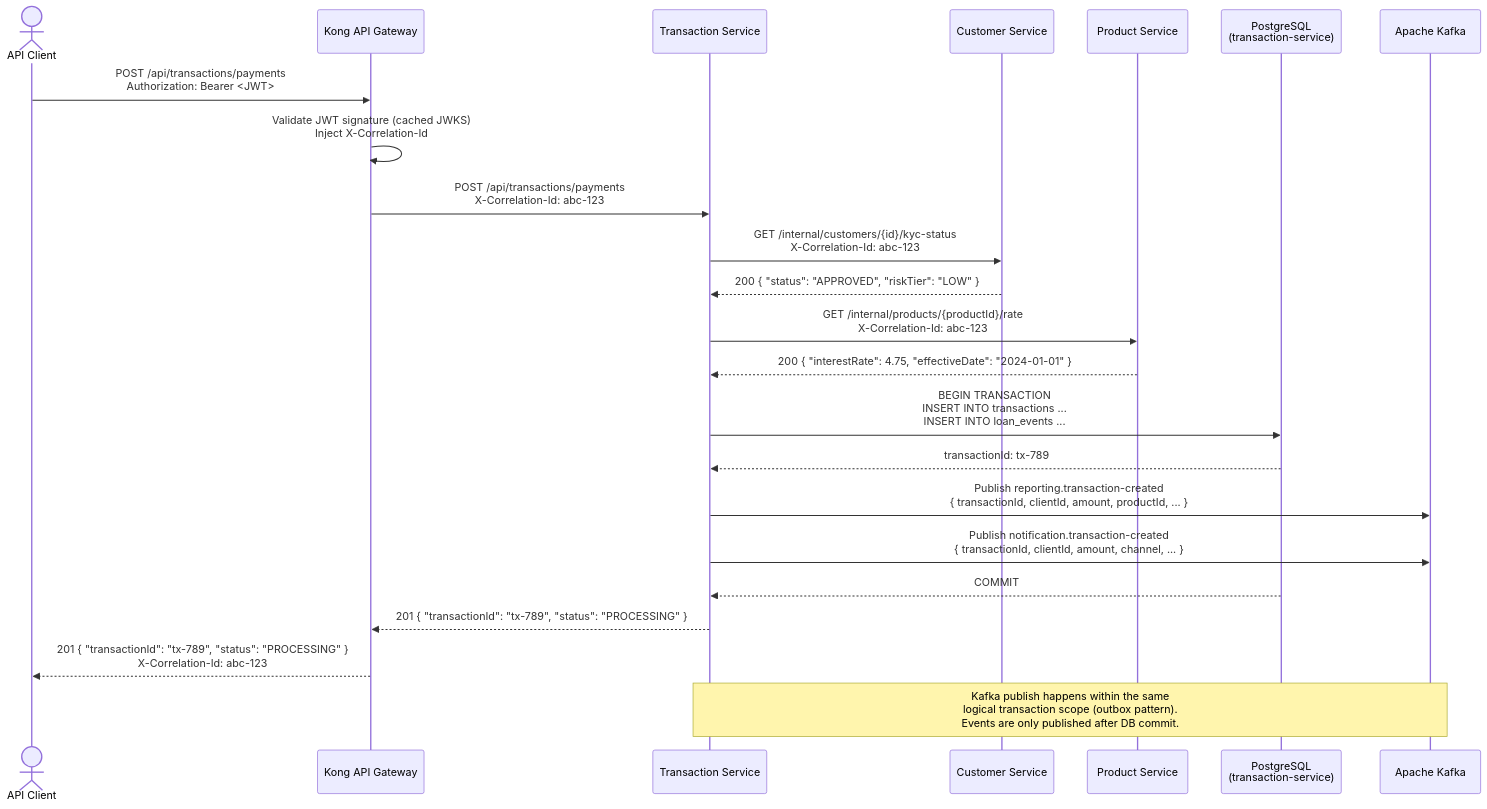
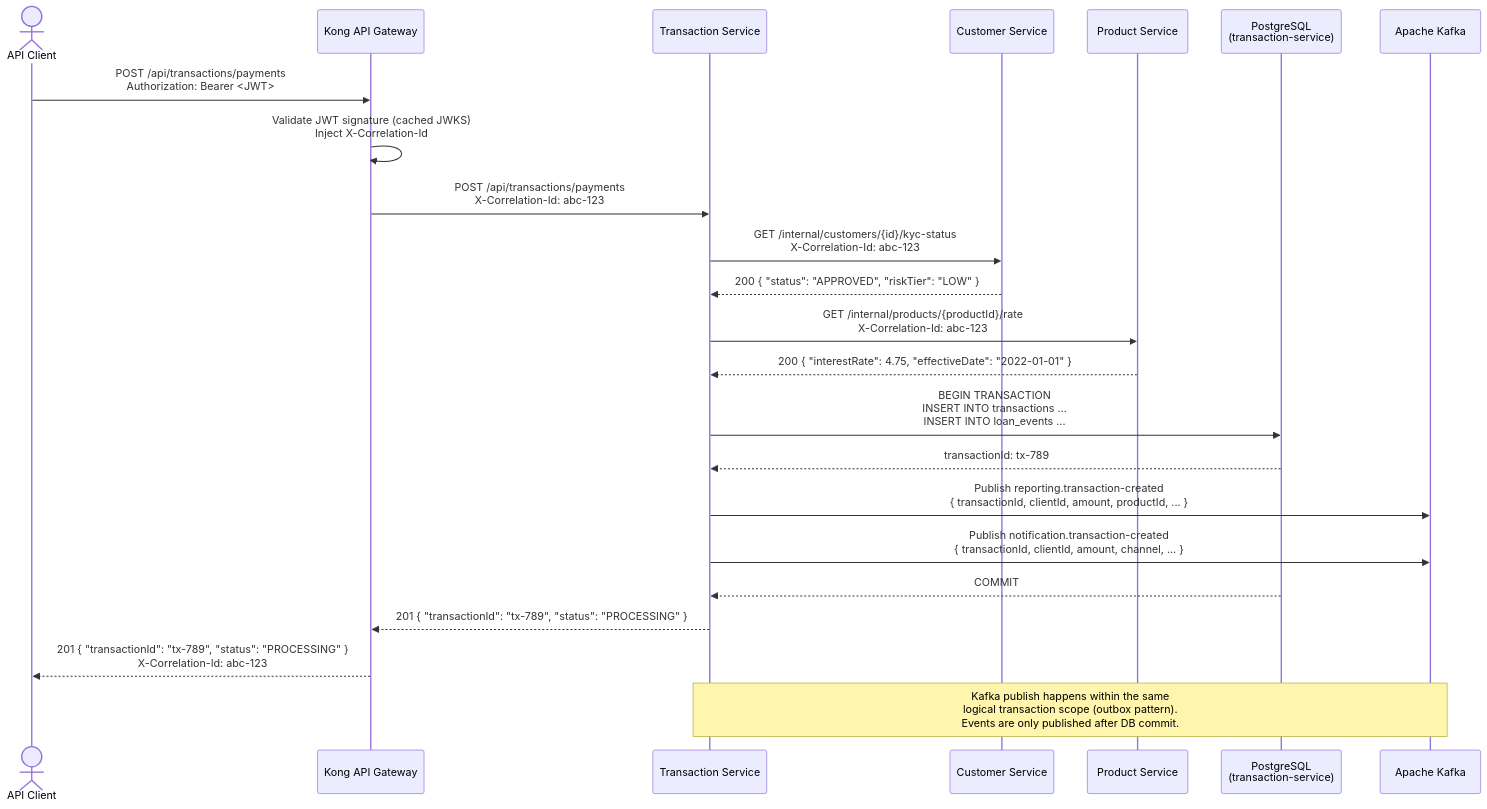
Before and after one commit to makeitfine-org/reporting: the third of 8 diagrams in communication and ci-cd.md, drawn with Mermaid. The commit also changed other lines of this file and 3 other files, not shown here.

````diff
--- a/communication and ci-cd.md
+++ b/communication and ci-cd.md
@@ -360,32 +360,32 @@
 ```mermaid
 sequenceDiagram
     actor Client as API Client
     participant Kong as Kong API Gateway
     participant TxSvc as Transaction Service
     participant CustSvc as Customer Service
     participant ProdSvc as Product Service
     participant TxDB as PostgreSQL<br/>(transaction-service)
     participant Kafka as Apache Kafka
 
     Client->>Kong: POST /api/transactions/payments<br/>Authorization: Bearer <JWT>
     Kong->>Kong: Validate JWT signature (cached JWKS)<br/>Inject X-Correlation-Id
     Kong->>TxSvc: POST /api/transactions/payments<br/>X-Correlation-Id: abc-123
 
     TxSvc->>CustSvc: GET /internal/customers/{id}/kyc-status<br/>X-Correlation-Id: abc-123
     CustSvc-->>TxSvc: 200 { "status": "APPROVED", "riskTier": "LOW" }
 
     TxSvc->>ProdSvc: GET /internal/products/{productId}/rate<br/>X-Correlation-Id: abc-123
-    ProdSvc-->>TxSvc: 200 { "interestRate": 4.75, "effectiveDate": "2024-01-01" }
+    ProdSvc-->>TxSvc: 200 { "interestRate": 4.75, "effectiveDate": "2022-01-01" }
 
     TxSvc->>TxDB: BEGIN TRANSACTION<br/>INSERT INTO transactions ...<br/>INSERT INTO loan_events ...
     TxDB-->>TxSvc: transactionId: tx-789
 
     TxSvc->>Kafka: Publish reporting.transaction-created<br/>{ transactionId, clientId, amount, productId, ... }
     TxSvc->>Kafka: Publish notification.transaction-created<br/>{ transactionId, clientId, amount, channel, ... }
     TxDB-->>TxSvc: COMMIT
 
     TxSvc-->>Kong: 201 { "transactionId": "tx-789", "status": "PROCESSING" }
     Kong-->>Client: 201 { "transactionId": "tx-789", "status": "PROCESSING" }<br/>X-Correlation-Id: abc-123
 
     Note over TxSvc,Kafka: Kafka publish happens within the same<br/>logical transaction scope (outbox pattern).<br/>Events are only published after DB commit.
 ```
````
